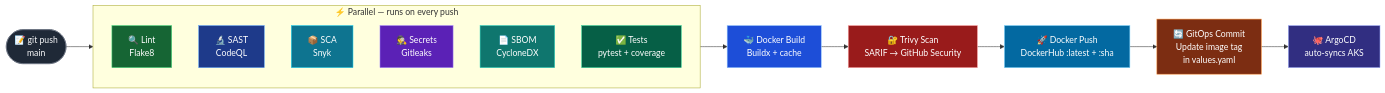
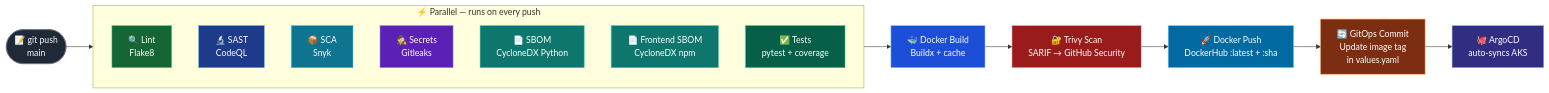
The fifth of 5 diagrams in README.md (reonbritto/test-proj), drawn with Mermaid before and after one commit. The commit also changed other lines of this file and 79 other files, not shown here.

````diff
--- a/README.md
+++ b/README.md
@@ -588,32 +602,33 @@
 ```mermaid
 flowchart LR
     PUSH(["📝 git push\nmain"]):::push --> PAR
 
     subgraph PAR["⚡ Parallel — runs on every push"]
         L["🔍 Lint\nFlake8"]:::lint
         S["🔬 SAST\nCodeQL"]:::sast
         SCA["📦 SCA\nSnyk"]:::sca
         SEC["🕵️ Secrets\nGitleaks"]:::sec
-        SBOM["📄 SBOM\nCycloneDX"]:::sbom
+        SBOM["📄 SBOM\nCycloneDX Python"]:::sbom
+        SBOM_FE["📄 Frontend SBOM\nCycloneDX npm"]:::sbom
         T["✅ Tests\npytest + coverage"]:::test
     end
 
     PAR --> BUILD["🐳 Docker Build\nBuildx + cache"]:::build
     BUILD --> SCAN["🔐 Trivy Scan\nSARIF → GitHub Security"]:::trivy
     SCAN --> DPUSH["🚀 Docker Push\nDockerHub :latest + :sha"]:::dpush
     DPUSH --> GITOPS["🔄 GitOps Commit\nUpdate image tag\nin values.yaml"]:::gitops
     GITOPS --> ARGO["🐙 ArgoCD\nauto-syncs AKS"]:::argo
 
     classDef push fill:#1f2937,stroke:#6b7280,color:#f9fafb
     classDef lint fill:#166534,stroke:#4ade80,color:#fff
     classDef sast fill:#1e3a8a,stroke:#60a5fa,color:#fff
     classDef sca fill:#0e7490,stroke:#22d3ee,color:#fff
     classDef sec fill:#5b21b6,stroke:#a78bfa,color:#fff
     classDef sbom fill:#0f766e,stroke:#2dd4bf,color:#fff
     classDef test fill:#065f46,stroke:#34d399,color:#fff
     classDef build fill:#1d4ed8,stroke:#93c5fd,color:#fff
     classDef trivy fill:#991b1b,stroke:#fca5a5,color:#fff
     classDef dpush fill:#0369a1,stroke:#7dd3fc,color:#fff
     classDef gitops fill:#7c2d12,stroke:#fb923c,color:#fff
     classDef argo fill:#312e81,stroke:#a5b4fc,color:#fff
 ```
````
